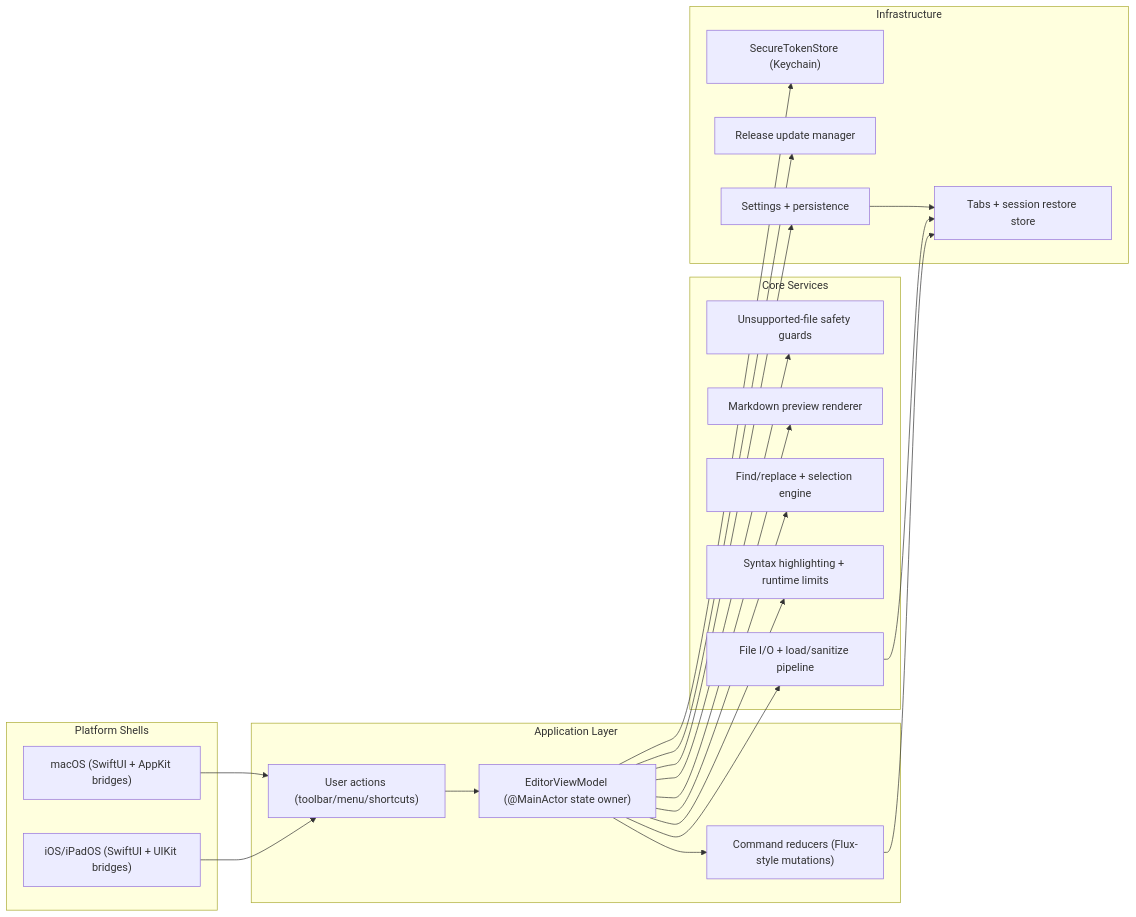
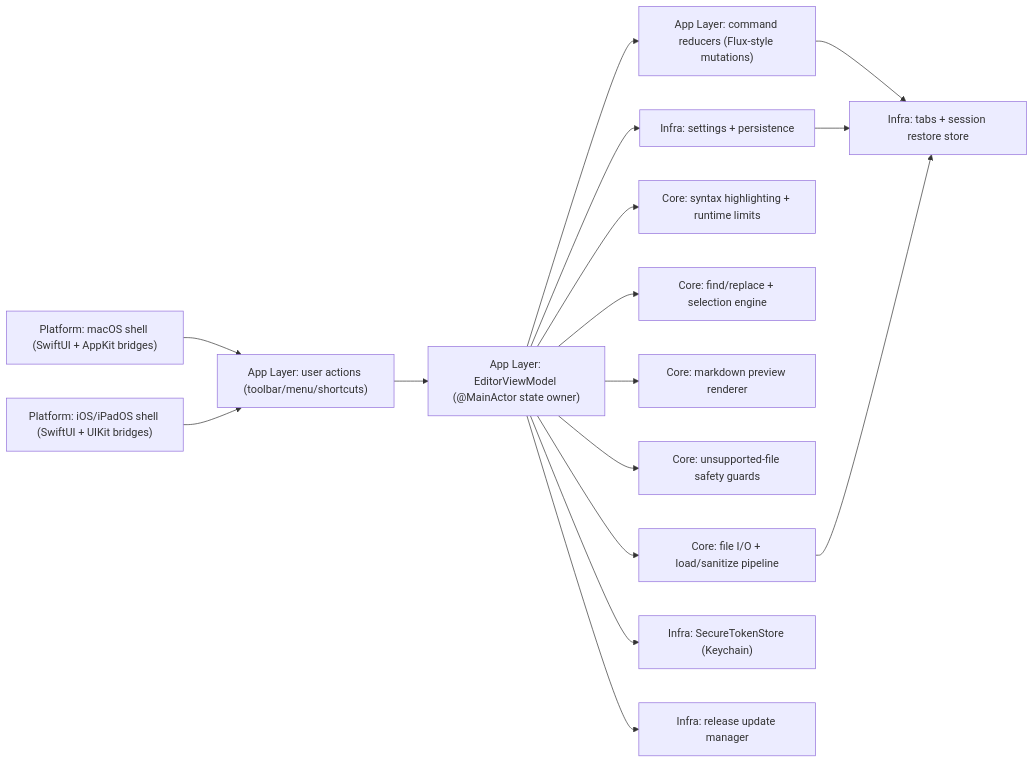
The diagram in README.md (h3pdesign/Neon-Vision-Editor), drawn with Mermaid before and after one commit. The commit also changed other lines of this file and 5 other files, not shown here.

````diff
--- a/README.md
+++ b/README.md
@@ -264,44 +264,33 @@
 ```mermaid
 flowchart LR
-  subgraph Shell["Platform Shells"]
-    Mac["macOS (SwiftUI + AppKit bridges)"]
-    IOS["iOS/iPadOS (SwiftUI + UIKit bridges)"]
-  end
-
-  subgraph App["Application Layer"]
-    VM["EditorViewModel (@MainActor state owner)"]
-    CMD["Command reducers (Flux-style mutations)"]
-    ACT["User actions (toolbar/menu/shortcuts)"]
-  end
-
-  subgraph Core["Core Services"]
-    IO["File I/O + load/sanitize pipeline"]
-    HL["Syntax highlighting + runtime limits"]
-    FIND["Find/replace + selection engine"]
-    PREV["Markdown preview renderer"]
-    SAFE["Unsupported-file safety guards"]
-  end
-
-  subgraph Infra["Infrastructure"]
-    STORE["Tabs + session restore store"]
-    PREFS["Settings + persistence"]
-    SEC["SecureTokenStore (Keychain)"]
-    UPD["Release update manager"]
-  end
+  Mac["Platform: macOS shell (SwiftUI + AppKit bridges)"]
+  IOS["Platform: iOS/iPadOS shell (SwiftUI + UIKit bridges)"]
+  ACT["App Layer: user actions (toolbar/menu/shortcuts)"]
+  VM["App Layer: EditorViewModel (@MainActor state owner)"]
+  CMD["App Layer: command reducers (Flux-style mutations)"]
+  IO["Core: file I/O + load/sanitize pipeline"]
+  HL["Core: syntax highlighting + runtime limits"]
+  FIND["Core: find/replace + selection engine"]
+  PREV["Core: markdown preview renderer"]
+  SAFE["Core: unsupported-file safety guards"]
+  STORE["Infra: tabs + session restore store"]
+  PREFS["Infra: settings + persistence"]
+  SEC["Infra: SecureTokenStore (Keychain)"]
+  UPD["Infra: release update manager"]
 
   Mac --> ACT
   IOS --> ACT
   ACT --> VM
   VM --> CMD
   CMD --> STORE
   VM --> IO
   VM --> HL
   VM --> FIND
   VM --> PREV
   VM --> SAFE
   VM --> PREFS
   VM --> UPD
   PREFS --> STORE
   IO --> STORE
   VM --> SEC
 ```
````
